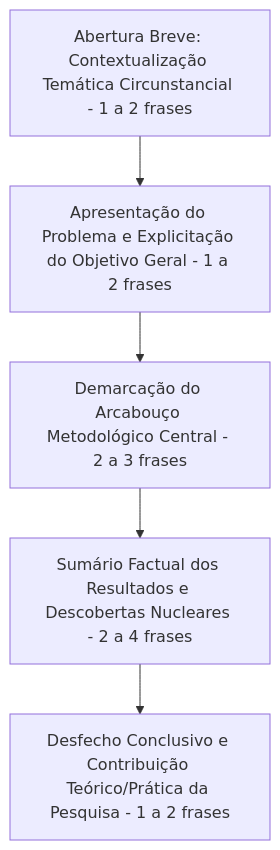
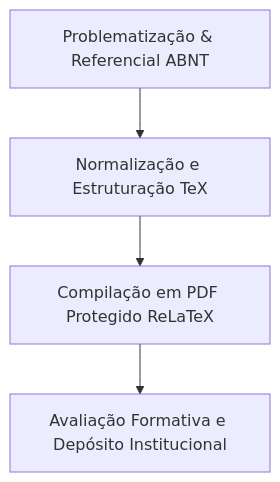
One commit to pedroiff0/page changed the diagram in content/pt-br/resource/latex/aula-03-resumo-abstract-e-palavras-chave-nbr-6028.md. Above: the diagram before and after it, drawn with Mermaid. The commit also changed other lines of this file and 20 other files, not shown here.

````diff
--- a/content/pt-br/resource/latex/aula-03-resumo-abstract-e-palavras-chave-nbr-6028.md
+++ b/content/pt-br/resource/latex/aula-03-resumo-abstract-e-palavras-chave-nbr-6028.md
@@ -65,7 +35,6 @@
 ```mermaid
-graph TD
-    A[Abertura Breve: Contextualização Temática Circunstancial - 1 a 2 frases] --> B[Apresentação do Problema e Explicitação do Objetivo Geral - 1 a 2 frases]
-    B --> C[Demarcação do Arcabouço Metodológico Central - 2 a 3 frases]
-    C --> D[Sumário Factual dos Resultados e Descobertas Nucleares - 2 a 4 frases]
-    D --> E[Desfecho Conclusivo e Contribuição Teórico/Prática da Pesquisa - 1 a 2 frases]
+flowchart TD
+    A[Problematização & Referencial ABNT] --> B[Normalização e Estruturação TeX]
+    B --> C[Compilação em PDF Protegido ReLaTeX]
+    C --> D[Avaliação Formativa e Depósito Institucional]
 ```
````
